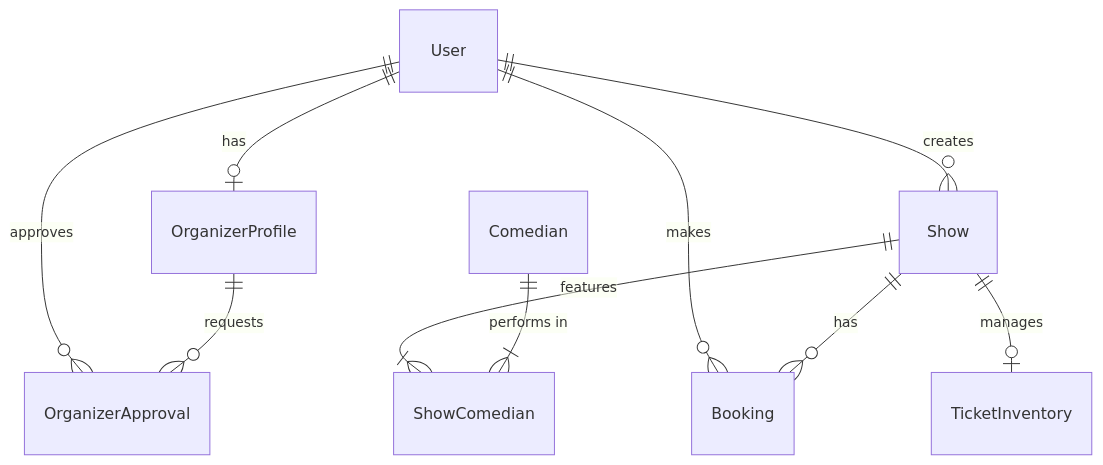
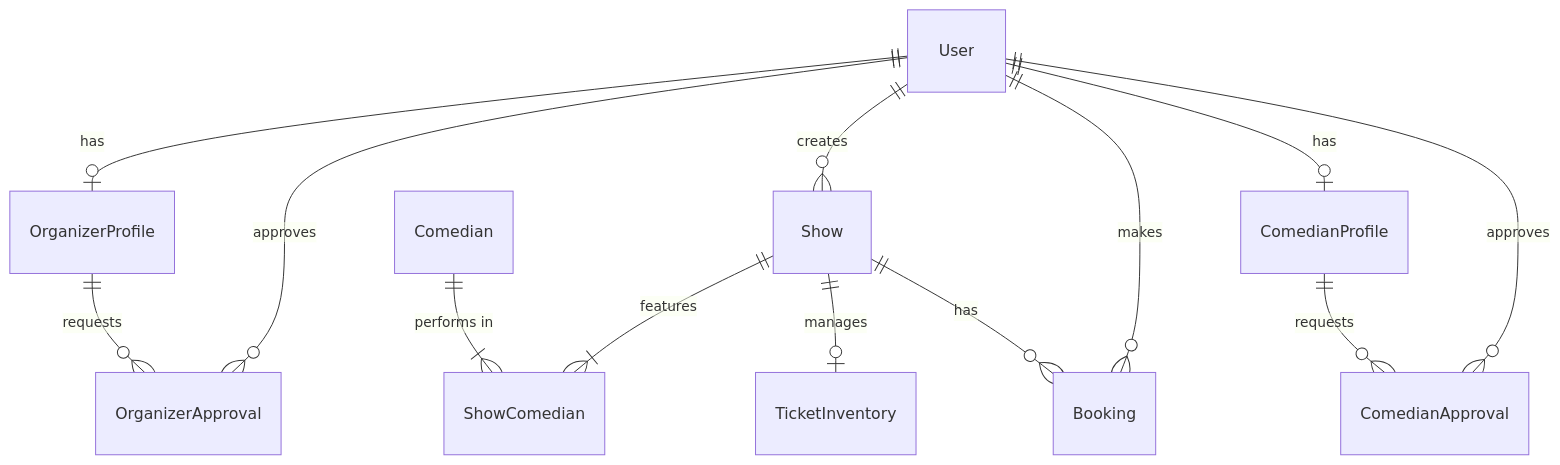
Before and after one commit to s-samarth/comedy-connect: the diagram in docs/DATABASE.md, drawn with Mermaid. The commit also changed other lines of this file and 35 other files, not shown here.

````diff
--- a/docs/DATABASE.md
+++ b/docs/DATABASE.md
@@ -47,12 +67,15 @@
 ```mermaid
 erDiagram
     User ||--o| OrganizerProfile : "has"
+    User ||--o| ComedianProfile : "has"
     User ||--o{ Show : "creates"
     User ||--o{ Booking : "makes"
     User ||--o{ OrganizerApproval : "approves"
+    User ||--o{ ComedianApproval : "approves"
     OrganizerProfile ||--o{ OrganizerApproval : "requests"
+    ComedianProfile ||--o{ ComedianApproval : "requests"
     Show ||--|{ ShowComedian : "features"
     Comedian ||--|{ ShowComedian : "performs in"
     Show ||--o{ Booking : "has"
     Show ||--o| TicketInventory : "manages"
 ```
````
